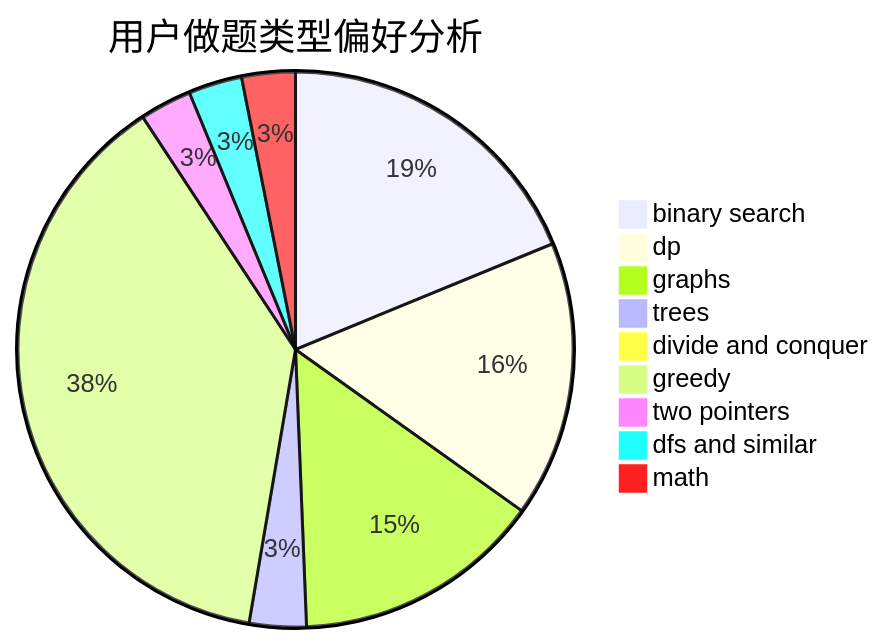
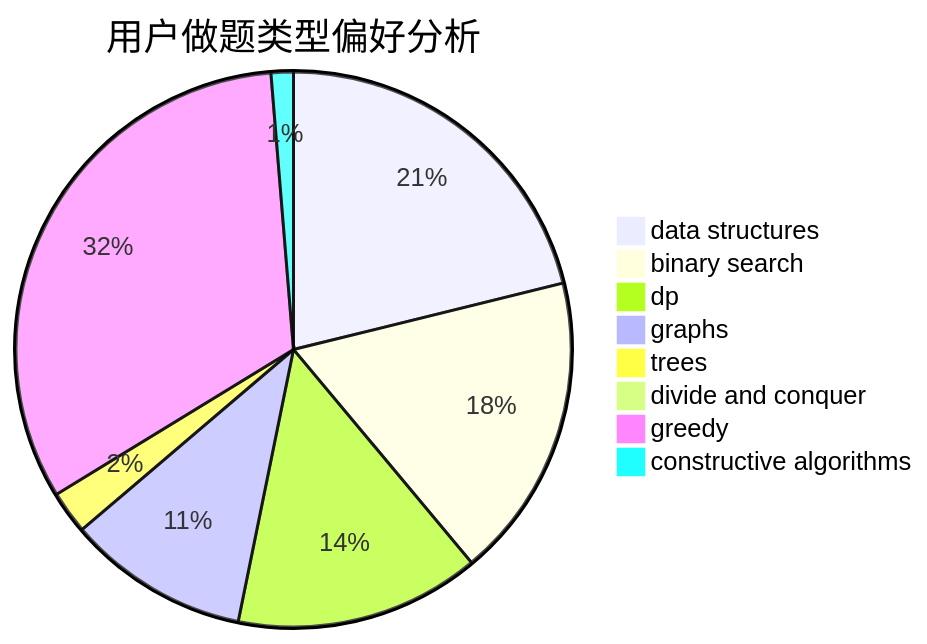
One commit to sherpahu/cfrs.github.io changed the second of 3 diagrams in docs/user/u1264.md. Above: the diagram before and after it, drawn with Mermaid. The commit also changed other lines of this file and 2775 other files, not shown here.

````diff
--- a/docs/user/u1264.md
+++ b/docs/user/u1264.md
@@ -23,12 +23,11 @@
 ```mermaid
 pie title 用户做题类型偏好分析
-    "binary search" :  193
-    "dp" :  165
-    "graphs" :  149
-    "trees" :  34
+    "data structures" :  212
+    "binary search" :  178
+    "dp" :  143
+    "graphs" :  106
+    "trees" :  25
     "divide and conquer" :  0
-    "greedy" :  391
-    "two pointers" :  31
-    "dfs and similar" :  32
-    "math" :  32
+    "greedy" :  325
+    "constructive algorithms" :  13
 ```
````
